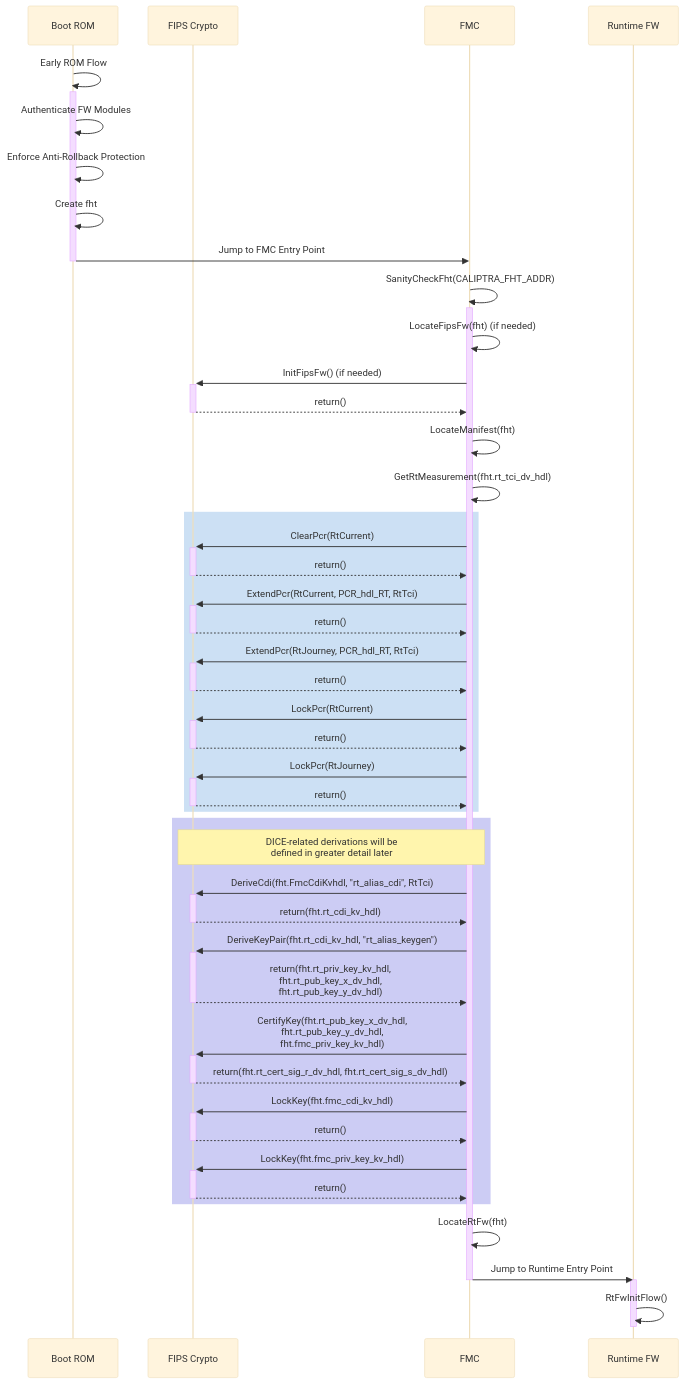
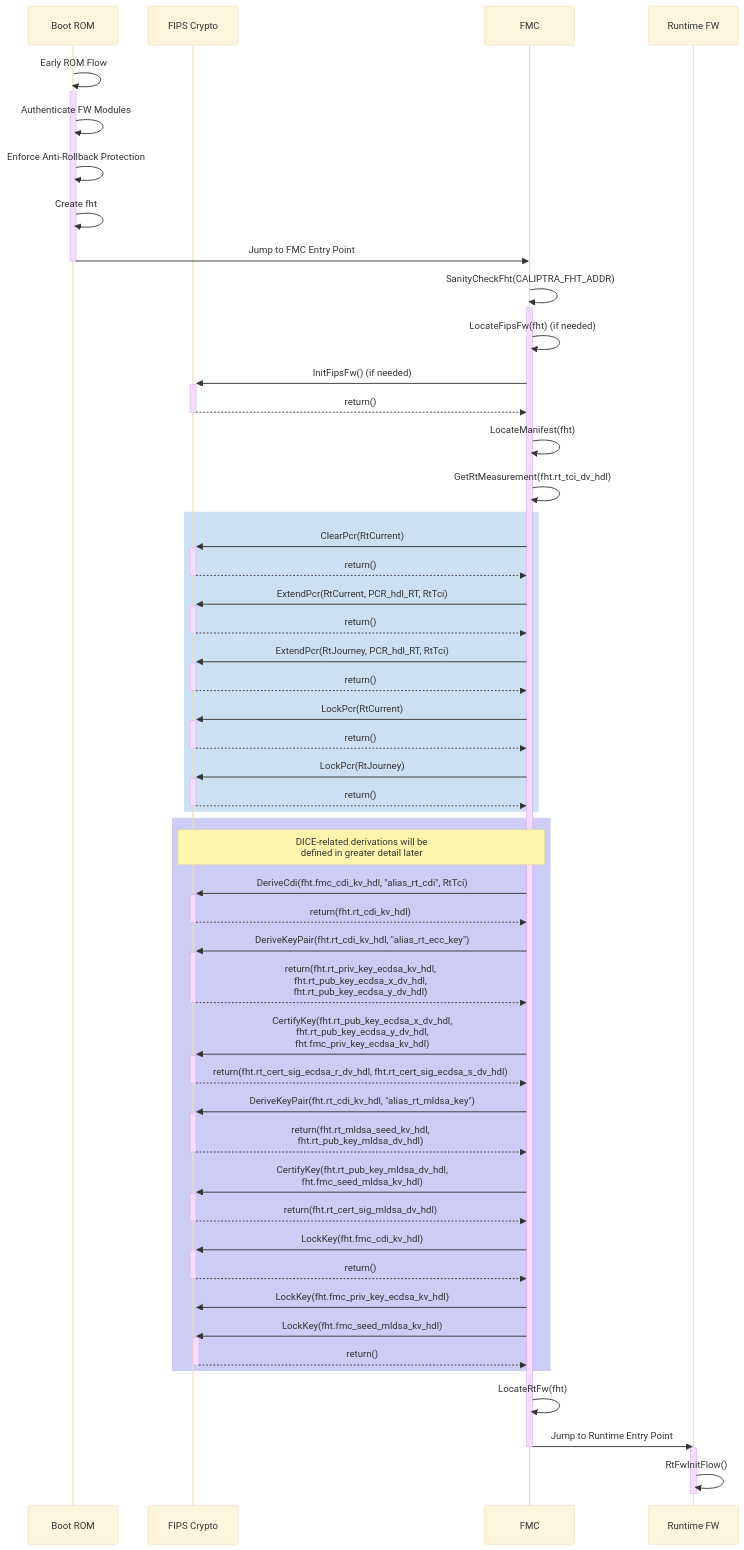
Before and after one commit to chipsalliance/caliptra-sw: the diagram in fmc/README.md, drawn with Mermaid (base theme). The commit also changed other lines of this file, not shown here.

First line of the commit message:
[doc] FMC README update for MLDSA DICE derivation (#1743)

````diff
--- a/fmc/README.md
+++ b/fmc/README.md
@@ -340,58 +421,63 @@
 ```mermaid
 sequenceDiagram
     participant ROM as Boot ROM
     participant FIPS as FIPS Crypto
     participant FMC as FMC
     participant RT as Runtime FW
 
     ROM->>+ROM: Early ROM Flow
     ROM->>ROM: Authenticate FW Modules
     ROM->>ROM: Enforce Anti-Rollback Protection
     ROM->>ROM: Create fht
     ROM->>-FMC: Jump to FMC Entry Point
 
     FMC->>+FMC: SanityCheckFht(CALIPTRA_FHT_ADDR)
     FMC->>FMC: LocateFipsFw(fht) (if needed)
     FMC->>+FIPS: InitFipsFw() (if needed)
     FIPS-->>-FMC: return()
     FMC->>FMC: LocateManifest(fht)
     FMC->>FMC: GetRtMeasurement(fht.rt_tci_dv_hdl)
 
     rect rgba(0, 100, 200, .2)
 
     FMC->>+FIPS: ClearPcr(RtCurrent)
     FIPS-->>-FMC: return()
     FMC->>+FIPS: ExtendPcr(RtCurrent, PCR_hdl_RT, RtTci)
     FIPS-->>-FMC: return()
     FMC->>+FIPS: ExtendPcr(RtJourney, PCR_hdl_RT, RtTci)
     FIPS-->>-FMC: return()
     FMC->>+FIPS: LockPcr(RtCurrent)
     FIPS-->>-FMC: return()
     FMC->>+FIPS: LockPcr(RtJourney)
     FIPS-->>-FMC: return()
 
     end %% rect
 
     rect rgba(0, 0, 200, .2)
     note over FIPS, FMC: DICE-related derivations will be<br> defined in greater detail later
 
-    FMC->>+FIPS: DeriveCdi(fht.FmcCdiKvhdl, "rt_alias_cdi", RtTci)
+    FMC->>+FIPS: DeriveCdi(fht.fmc_cdi_kv_hdl, "alias_rt_cdi", RtTci)
     FIPS-->>-FMC: return(fht.rt_cdi_kv_hdl)
-    FMC->>+FIPS: DeriveKeyPair(fht.rt_cdi_kv_hdl, "rt_alias_keygen")
-    FIPS-->>-FMC: return(fht.rt_priv_key_kv_hdl,<br> fht.rt_pub_key_x_dv_hdl,<br> fht.rt_pub_key_y_dv_hdl)
-    FMC->>+FIPS: CertifyKey(fht.rt_pub_key_x_dv_hdl,<br> fht.rt_pub_key_y_dv_hdl,<br> fht.fmc_priv_key_kv_hdl)
-    FIPS-->>-FMC: return(fht.rt_cert_sig_r_dv_hdl, fht.rt_cert_sig_s_dv_hdl)
+    FMC->>+FIPS: DeriveKeyPair(fht.rt_cdi_kv_hdl, "alias_rt_ecc_key")
+    FIPS-->>-FMC: return(fht.rt_priv_key_ecdsa_kv_hdl,<br> fht.rt_pub_key_ecdsa_x_dv_hdl,<br> fht.rt_pub_key_ecdsa_y_dv_hdl)
+    FMC->>+FIPS: CertifyKey(fht.rt_pub_key_ecdsa_x_dv_hdl,<br> fht.rt_pub_key_ecdsa_y_dv_hdl,<br> fht.fmc_priv_key_ecdsa_kv_hdl)
+    FIPS-->>-FMC: return(fht.rt_cert_sig_ecdsa_r_dv_hdl, fht.rt_cert_sig_ecdsa_s_dv_hdl)
+    FMC->>+FIPS: DeriveKeyPair(fht.rt_cdi_kv_hdl, "alias_rt_mldsa_key")
+    FIPS-->>-FMC: return(fht.rt_mldsa_seed_kv_hdl,<br> fht.rt_pub_key_mldsa_dv_hdl)
+    FMC->>+FIPS: CertifyKey(fht.rt_pub_key_mldsa_dv_hdl,<br> fht.fmc_seed_mldsa_kv_hdl)
+    FIPS-->>-FMC: return(fht.rt_cert_sig_mldsa_dv_hdl)
     FMC->>+FIPS: LockKey(fht.fmc_cdi_kv_hdl)
     FIPS-->>-FMC: return()
-    FMC->>+FIPS: LockKey(fht.fmc_priv_key_kv_hdl)
+    FMC->>+FIPS: LockKey(fht.fmc_priv_key_ecdsa_kv_hdl)
+    FMC->>+FIPS: LockKey(fht.fmc_seed_mldsa_kv_hdl)
     FIPS-->>-FMC: return()
 
     end %% rect
 
     FMC->>FMC: LocateRtFw(fht)
     FMC->>-RT: Jump to Runtime Entry Point
 
     activate RT
     RT->>RT: RtFwInitFlow()
     deactivate RT
 ```
````
